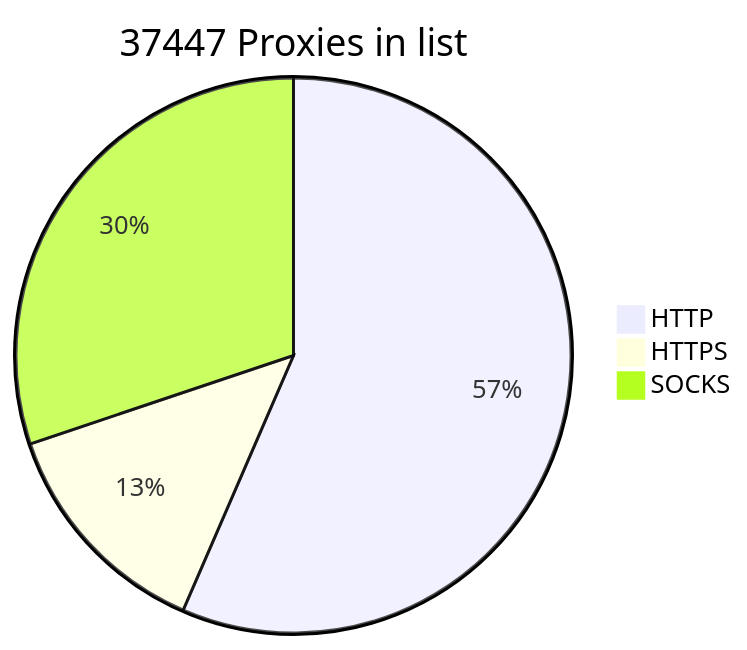
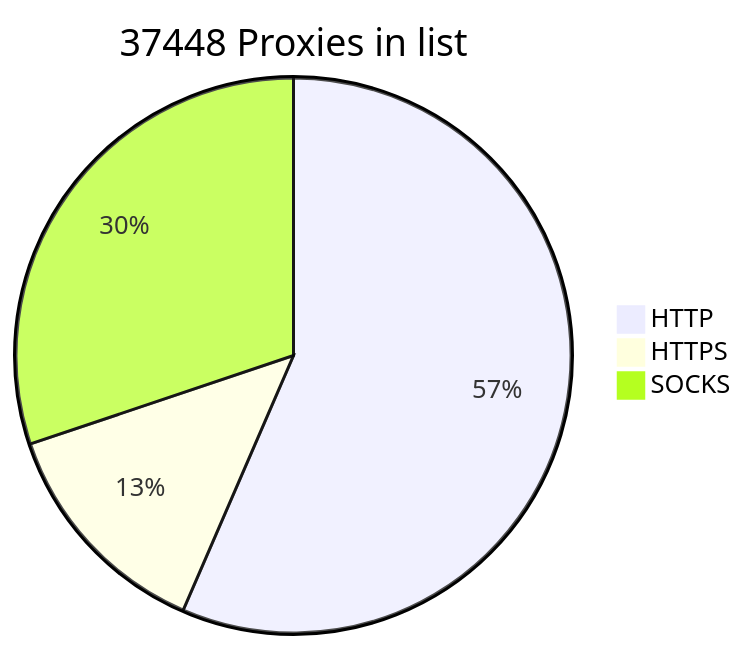
Before and after one commit to BlackSnowDot/proxylist-update-every-minute: the diagram in README.md, drawn with Mermaid.

````diff
--- a/README.md
+++ b/README.md
@@ -2,6 +2,6 @@
 ```mermaid
-pie title 37447 Proxies in list
+pie title 37448 Proxies in list
     "HTTP" : 23547
     "HTTPS": 5557
-    "SOCKS" : 12567
+    "SOCKS" : 12568
 ```
````
